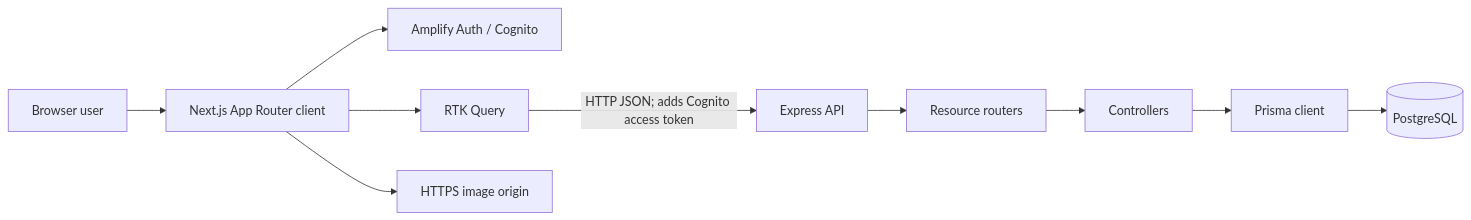
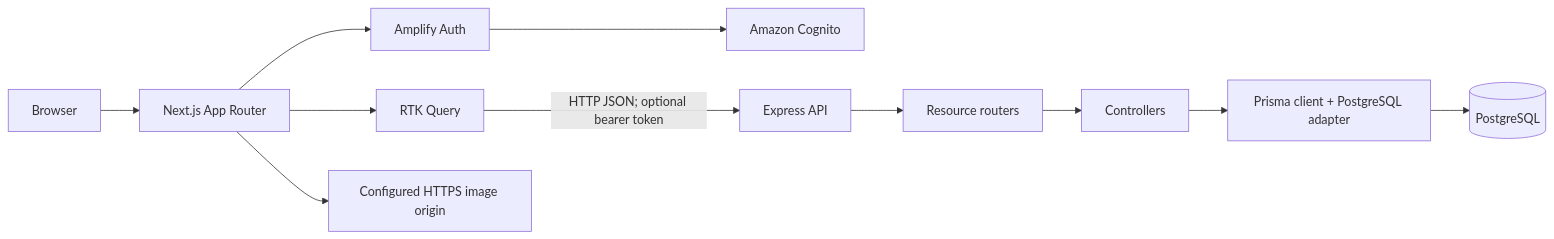
The diagram in docs/architecture.md (devDacs/project-management-3), drawn with Mermaid before and after one commit. The commit also changed other lines of this file and 3 other files, not shown here.

Commit message:
docs: update architecture and API documentation

````diff
--- a/docs/architecture.md
+++ b/docs/architecture.md
@@ -12,12 +12,14 @@
 ```mermaid
 flowchart LR
-  User["Browser user"] --> Next["Next.js App Router client"]
-  Next --> Amplify["Amplify Auth / Cognito"]
+  Browser["Browser"]
+  Browser --> Next["Next.js App Router"]
+  Next --> Amplify["Amplify Auth"]
+  Amplify --> Cognito["Amazon Cognito"]
   Next --> RTK["RTK Query"]
-  RTK -->|HTTP JSON; adds Cognito access token| Express["Express API"]
+  RTK -->|HTTP JSON; optional bearer token| Express["Express API"]
   Express --> Routes["Resource routers"]
   Routes --> Controllers["Controllers"]
-  Controllers --> Prisma["Prisma client"]
-  Prisma --> PG[(PostgreSQL)]
-  Next --> Images["HTTPS image origin"]
+  Controllers --> Prisma["Prisma client + PostgreSQL adapter"]
+  Prisma --> DB[(PostgreSQL)]
+  Next --> Images["Configured HTTPS image origin"]
 ```
````
